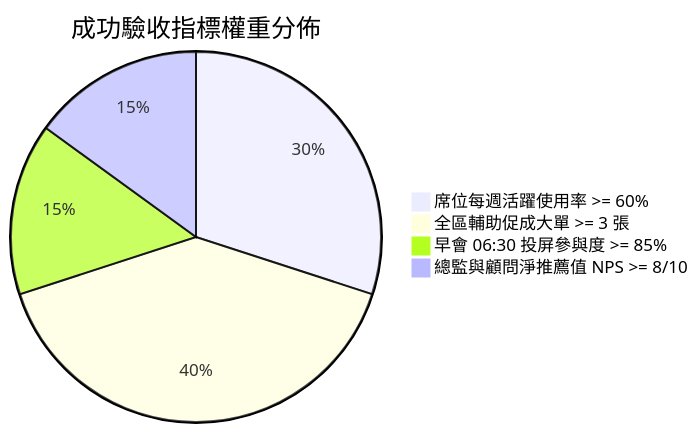
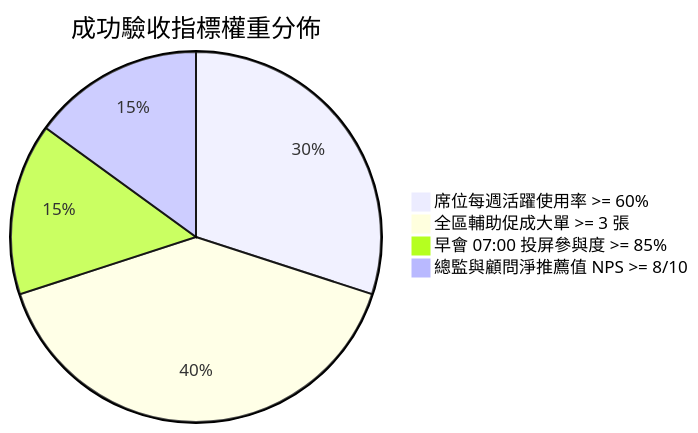
One commit to dejavudesu2-oss/insurintel-hk changed the second of 2 diagrams in docs/business/PILOT_PLAN_14_DAYS.md. Above: the diagram before and after it, drawn with Mermaid. The commit also changed other lines of this file and 20 other files, not shown here.

````diff
--- a/docs/business/PILOT_PLAN_14_DAYS.md
+++ b/docs/business/PILOT_PLAN_14_DAYS.md
@@ -75,7 +75,7 @@
 ```mermaid
 pie title 成功驗收指標權重分佈
     "席位每週活躍使用率 >= 60%" : 30
     "全區輔助促成大單 >= 3 張" : 40
-    "早會 06:30 投屏參與度 >= 85%" : 15
+    "早會 07:00 投屏參與度 >= 85%" : 15
     "總監與顧問淨推薦值 NPS >= 8/10" : 15
 ```
````
